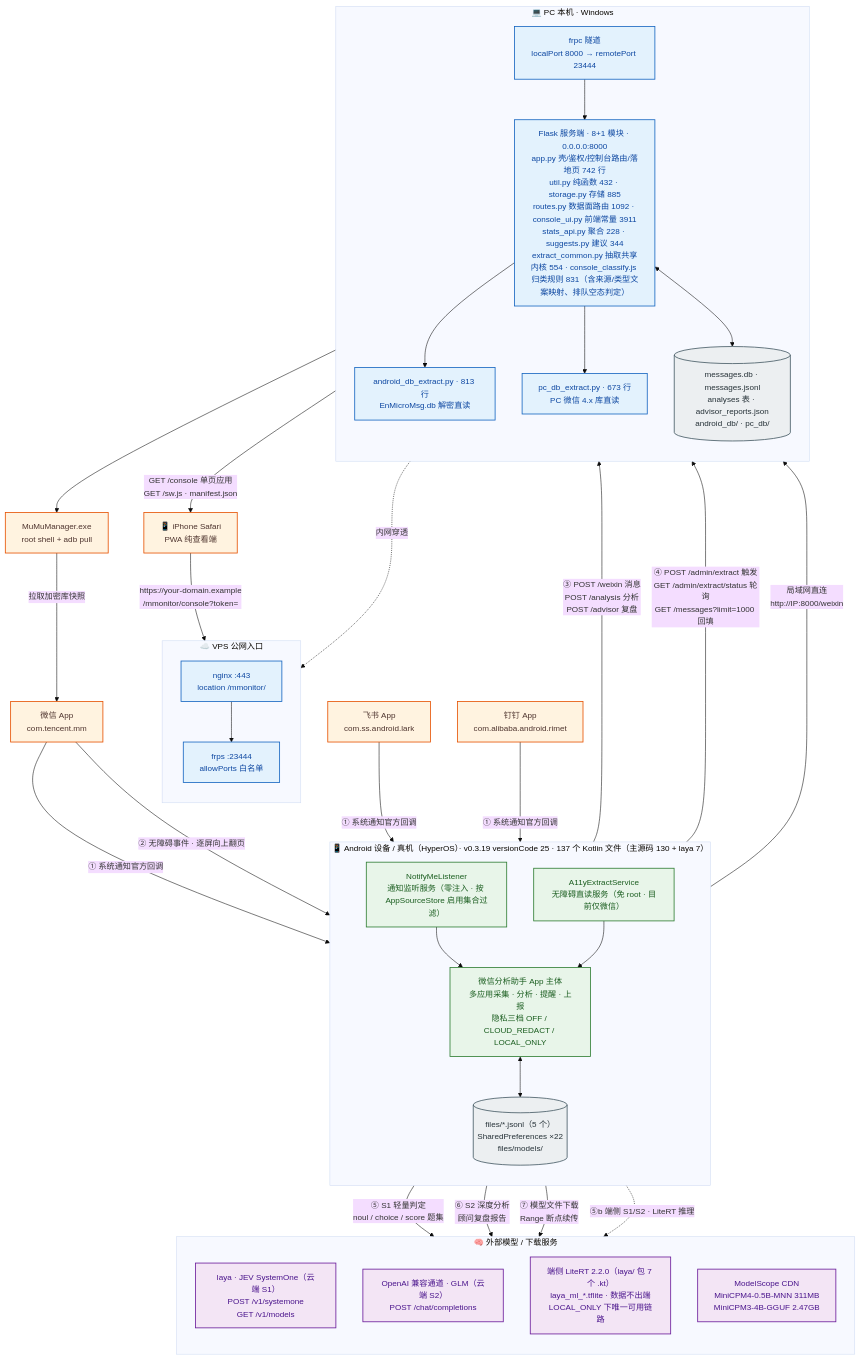
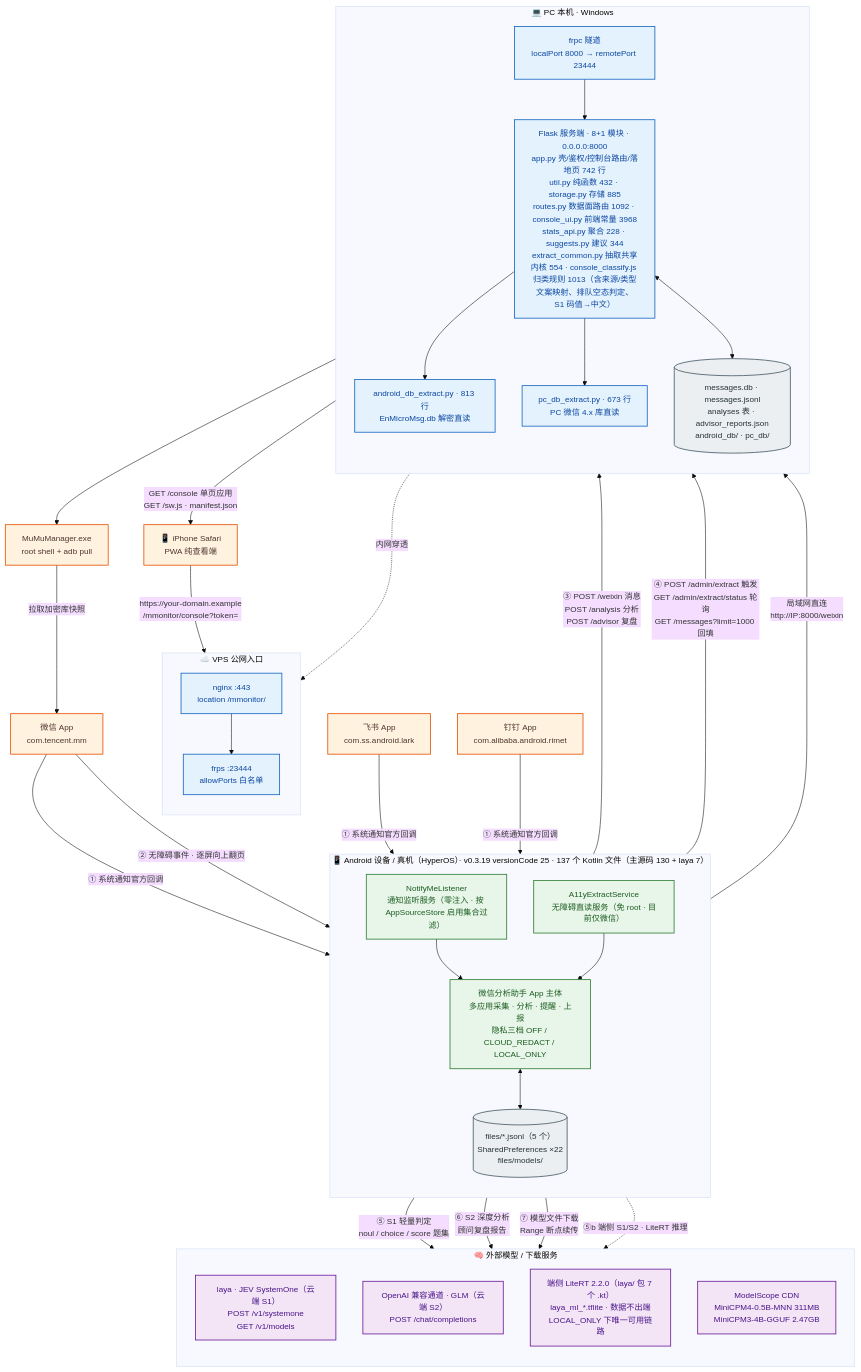
One commit to solidjoker/notifyme changed the diagram in docs/architecture/diagrams/01-system-context.mmd. Above: the diagram before and after it, drawn with Mermaid. The commit also changed 14 other files, not shown here.

```diff
--- a/docs/architecture/diagrams/01-system-context.mmd
+++ b/docs/architecture/diagrams/01-system-context.mmd
@@ -1,70 +1,70 @@
 %%{init: {'theme':'base','themeVariables':{'fontSize':'15px','fontFamily':'Microsoft YaHei, PingFang SC, sans-serif'},'flowchart':{'htmlLabels':true,'curve':'basis'}}}%%
 flowchart TB
     classDef ext  fill:#fff3e0,stroke:#e65100,stroke-width:1.5px,color:#4e342e
     classDef app  fill:#e8f5e9,stroke:#2e7d32,stroke-width:1.5px,color:#1b5e20
     classDef srv  fill:#e3f2fd,stroke:#1565c0,stroke-width:1.5px,color:#0d47a1
     classDef llm  fill:#f3e5f5,stroke:#6a1b9a,stroke-width:1.5px,color:#4a148c
     classDef store fill:#eceff1,stroke:#455a64,stroke-width:1.5px,color:#263238
 
     WX["微信 App<br/>com.tencent.mm"]:::ext
     FS["飞书 App<br/>com.ss.android.lark"]:::ext
     DT["钉钉 App<br/>com.alibaba.android.rimet"]:::ext
 
     subgraph DEV["📱 Android 设备 / 真机（HyperOS）· v0.3.19 versionCode 25 · 137 个 Kotlin 文件（主源码 130 + laya 7）"]
         direction TB
         NL["NotifyMeListener<br/>通知监听服务（零注入 · 按 AppSourceStore 启用集合过滤）"]:::app
         A11Y["A11yExtractService<br/>无障碍直读服务（免 root · 目前仅微信）"]:::app
         CORE["微信分析助手 App 主体<br/>多应用采集 · 分析 · 提醒 · 上报<br/>隐私三档 OFF / CLOUD_REDACT / LOCAL_ONLY"]:::app
         STORE[("files/*.jsonl（5 个）<br/>SharedPreferences ×22<br/>files/models/")]:::store
         NL --> CORE
         A11Y --> CORE
         CORE <--> STORE
     end
 
     subgraph HOST["💻 PC 本机 · Windows"]
         direction TB
-        FLASK["Flask 服务端 · 8+1 模块 · 0.0.0.0:8000<br/>app.py 壳/鉴权/控制台路由/落地页 742 行<br/>util.py 纯函数 432 · storage.py 存储 885<br/>routes.py 数据面路由 1092 · console_ui.py 前端常量 3911<br/>stats_api.py 聚合 228 · suggests.py 建议 344<br/>extract_common.py 抽取共享内核 554 · console_classify.js 归类规则 831（含来源/类型文案映射、排队空态判定）"]:::srv
+        FLASK["Flask 服务端 · 8+1 模块 · 0.0.0.0:8000<br/>app.py 壳/鉴权/控制台路由/落地页 742 行<br/>util.py 纯函数 432 · storage.py 存储 885<br/>routes.py 数据面路由 1092 · console_ui.py 前端常量 3968<br/>stats_api.py 聚合 228 · suggests.py 建议 344<br/>extract_common.py 抽取共享内核 554 · console_classify.js 归类规则 1013（含来源/类型文案映射、排队空态判定、S1 码值→中文）"]:::srv
         ADBEX["android_db_extract.py · 813 行<br/>EnMicroMsg.db 解密直读"]:::srv
         PCEX["pc_db_extract.py · 673 行<br/>PC 微信 4.x 库直读"]:::srv
         DB[("messages.db · messages.jsonl<br/>analyses 表 · advisor_reports.json<br/>android_db/ · pc_db/")]:::store
         FRPC["frpc 隧道<br/>localPort 8000 → remotePort 23444"]:::srv
         FLASK --> ADBEX
         FLASK --> PCEX
         FLASK <--> DB
         FRPC --> FLASK
     end
 
     subgraph VPS["☁️ VPS 公网入口"]
         direction TB
         NGINX["nginx :443<br/>location /mmonitor/"]:::srv
         FRPS["frps :23444<br/>allowPorts 白名单"]:::srv
         NGINX --> FRPS
     end
 
     subgraph AI["🧠 外部模型 / 下载服务"]
         direction TB
         LAYA["laya · JEV SystemOne（云端 S1）<br/>POST /v1/systemone<br/>GET /v1/models"]:::llm
         GLM["OpenAI 兼容通道 · GLM（云端 S2）<br/>POST /chat/completions"]:::llm
         LITE["端侧 LiteRT 2.2.0（laya/ 包 7 个 .kt）<br/>laya_ml_*.tflite · 数据不出端<br/>LOCAL_ONLY 下唯一可用链路"]:::llm
         MS["ModelScope CDN<br/>MiniCPM4-0.5B-MNN 311MB<br/>MiniCPM3-4B-GGUF 2.47GB"]:::llm
     end
 
     MUMU["MuMuManager.exe<br/>root shell + adb pull"]:::ext
     IPHONE["📱 iPhone Safari<br/>PWA 纯查看端"]:::ext
 
     WX -->|"① 系统通知官方回调"| NL
     FS -->|"① 系统通知官方回调"| NL
     DT -->|"① 系统通知官方回调"| NL
     WX -->|"② 无障碍事件 · 逐屏向上翻页"| A11Y
     CORE -->|"③ POST /weixin 消息<br/>POST /analysis 分析<br/>POST /advisor 复盘"| FLASK
     CORE -->|"④ POST /admin/extract 触发<br/>GET /admin/extract/status 轮询<br/>GET /messages?limit=1000 回填"| FLASK
     CORE -->|"⑤ S1 轻量判定<br/>noul / choice / score 题集"| LAYA
     CORE -->|"⑥ S2 深度分析<br/>顾问复盘报告"| GLM
     CORE -->|"⑦ 模型文件下载<br/>Range 断点续传"| MS
     CORE -.->|"⑤b 端侧 S1/S2 · LiteRT 推理"| LITE
     ADBEX --> MUMU
     MUMU -->|"拉取加密库快照"| WX
     CORE -->|"局域网直连<br/>http://IP:8000/weixin"| FLASK
     FRPC -.->|"内网穿透"| FRPS
     IPHONE -->|"https://your-domain.example<br/>/mmonitor/console?token="| NGINX
     FLASK -->|"GET /console 单页应用<br/>GET /sw.js · manifest.json"| IPHONE
```
